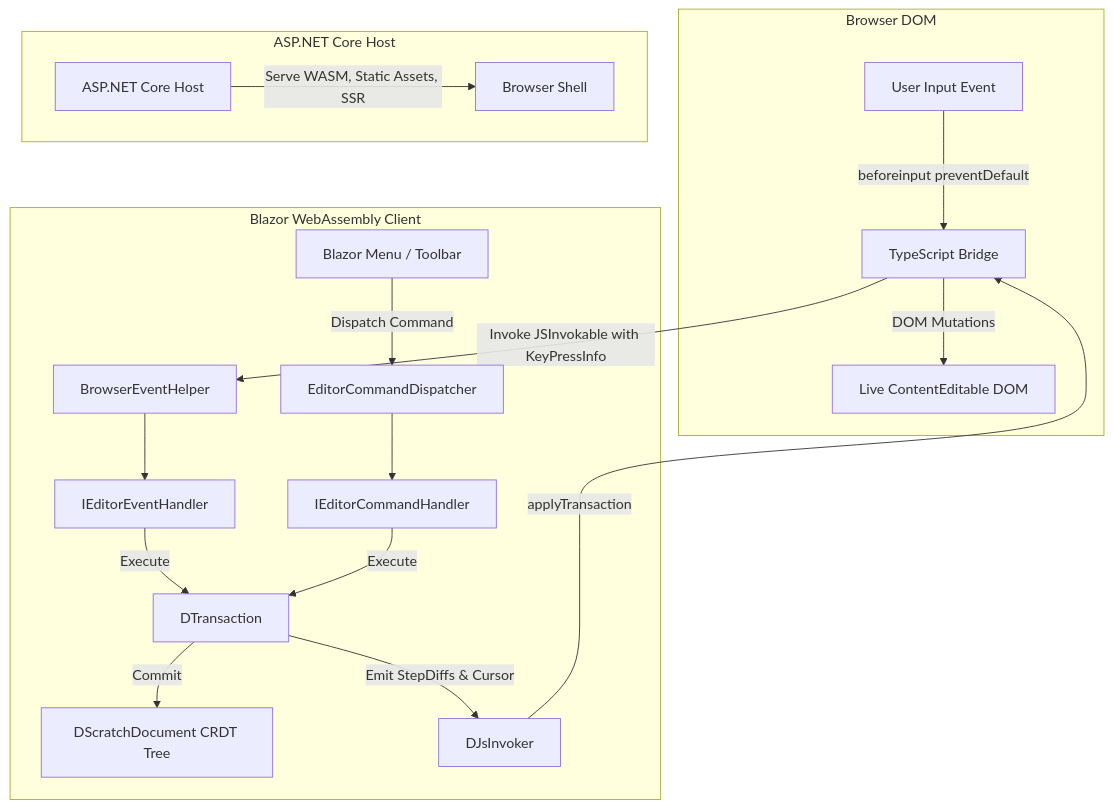
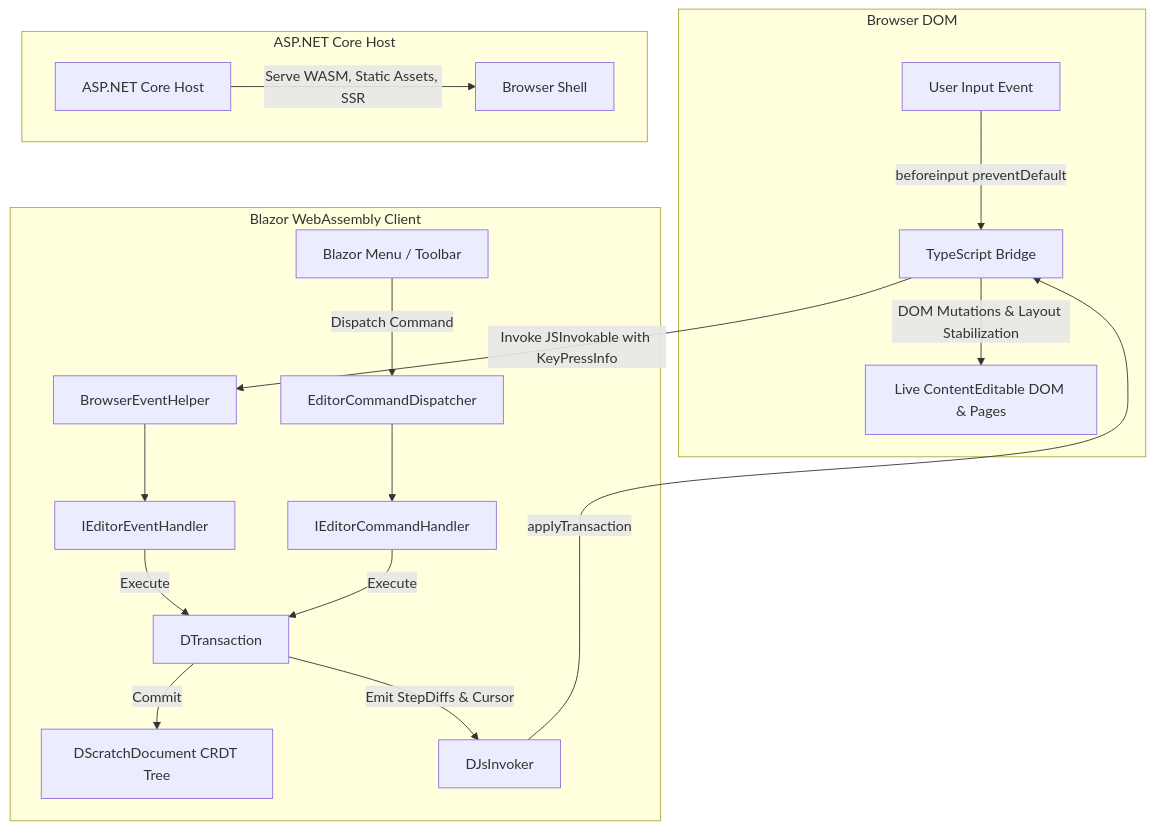
One commit to LlynBaum/DScratch changed the first of 8 diagrams in docs/Architecture.md. Above: the diagram before and after it, drawn with Mermaid. The commit also changed other lines of this file and 3 other files, not shown here.

````diff
--- a/docs/Architecture.md
+++ b/docs/Architecture.md
@@ -20,25 +21,25 @@
 ```mermaid
 graph TD
     subgraph Browser DOM
         Input[User Input Event] -->|beforeinput preventDefault| TS[TypeScript Bridge]
-        TS -->|DOM Mutations| DOM[Live ContentEditable DOM]
+        TS -->|DOM Mutations & Layout Stabilization| DOM[Live ContentEditable DOM & Pages]
     end
 
     subgraph Blazor WebAssembly Client
         TS -->|Invoke JSInvokable with KeyPressInfo| Helper[BrowserEventHelper]
         Menu[Blazor Menu / Toolbar] -->|Dispatch Command| Dispatcher[EditorCommandDispatcher]
         Helper --> Handler[IEditorEventHandler]
         Dispatcher --> CmdHandler[IEditorCommandHandler]
         
         Handler -->|Execute| Tx[DTransaction]
         CmdHandler -->|Execute| Tx
         
         Tx -->|Commit| Doc[DScratchDocument CRDT Tree]
         Tx -->|Emit StepDiffs & Cursor| Invoker[DJsInvoker]
         Invoker -->|applyTransaction| TS
     end
 
     subgraph ASP.NET Core Host
         Host[ASP.NET Core Host] -->|Serve WASM, Static Assets, SSR| Browser[Browser Shell]
     end
 ```
````
